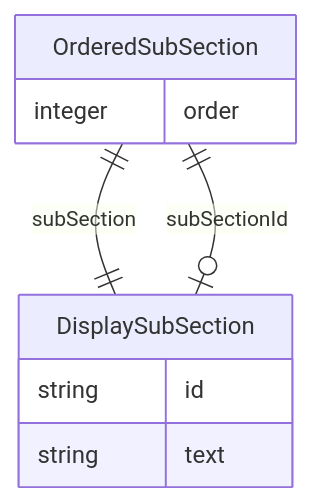
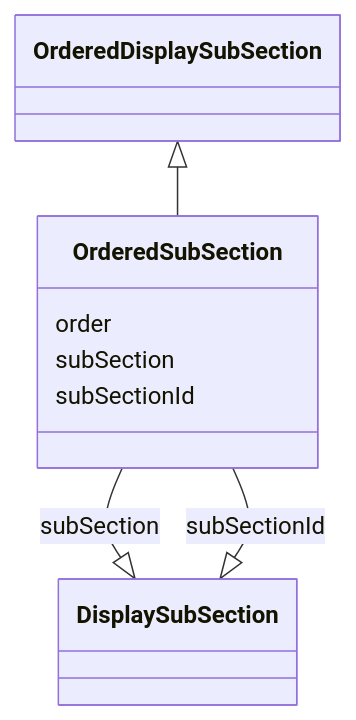
The diagram in project/docs/OrderedSubSection.md (cdisc-org/analysis-results-standard), drawn with Mermaid before and after one commit. The commit also changed 256 other files, not shown here.

Commit message:
Documentation diagrams

````diff
--- a/project/docs/OrderedSubSection.md
+++ b/project/docs/OrderedSubSection.md
@@ -13,14 +15,17 @@
 ```mermaid
-erDiagram
-OrderedSubSection {
-    integer order  
-}
-DisplaySubSection {
-    string id  
-    string text  
-}
-
-OrderedSubSection ||--|| DisplaySubSection : "subSection"
-OrderedSubSection ||--|o DisplaySubSection : "subSectionId"
-
+ classDiagram
+    class OrderedSubSection
+      OrderedDisplaySubSection <|-- OrderedSubSection
+      
+      OrderedSubSection : order
+        
+      OrderedSubSection : subSection
+        
+          OrderedSubSection --|> DisplaySubSection : subSection
+        
+      OrderedSubSection : subSectionId
+        
+          OrderedSubSection --|> DisplaySubSection : subSectionId
+        
+      
 ```
````
